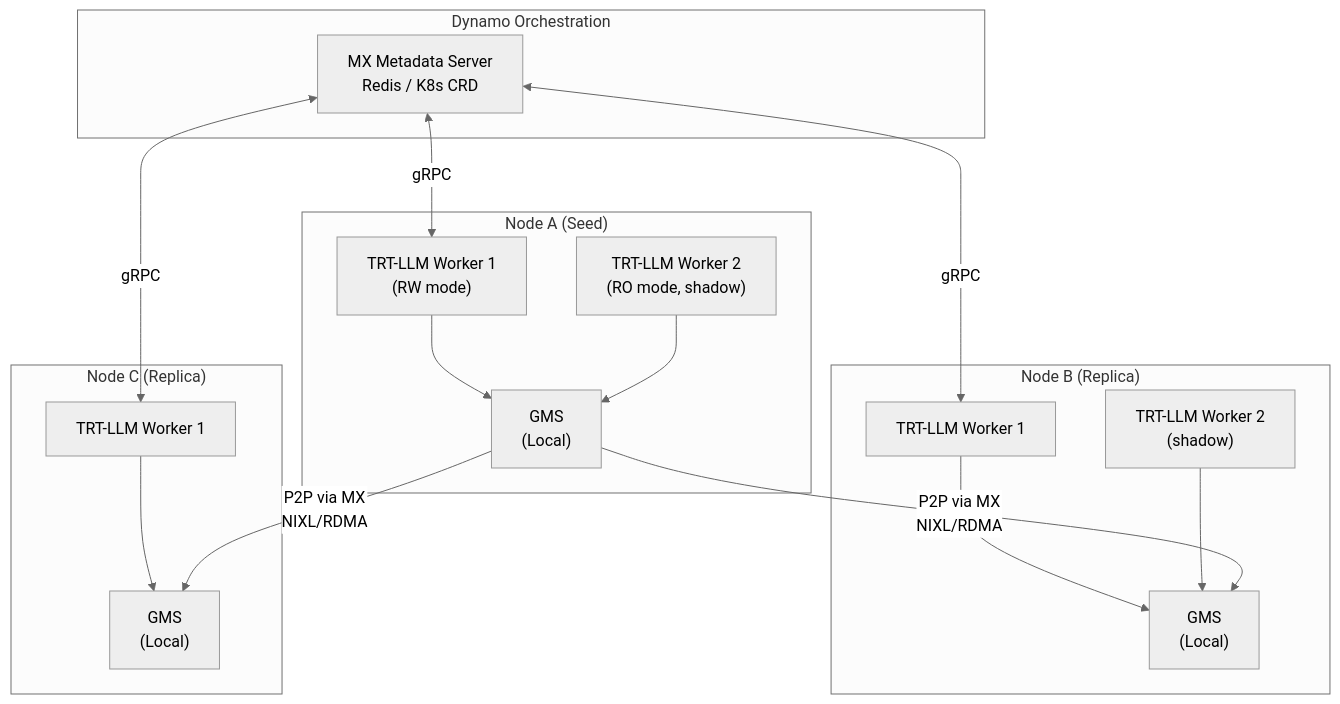
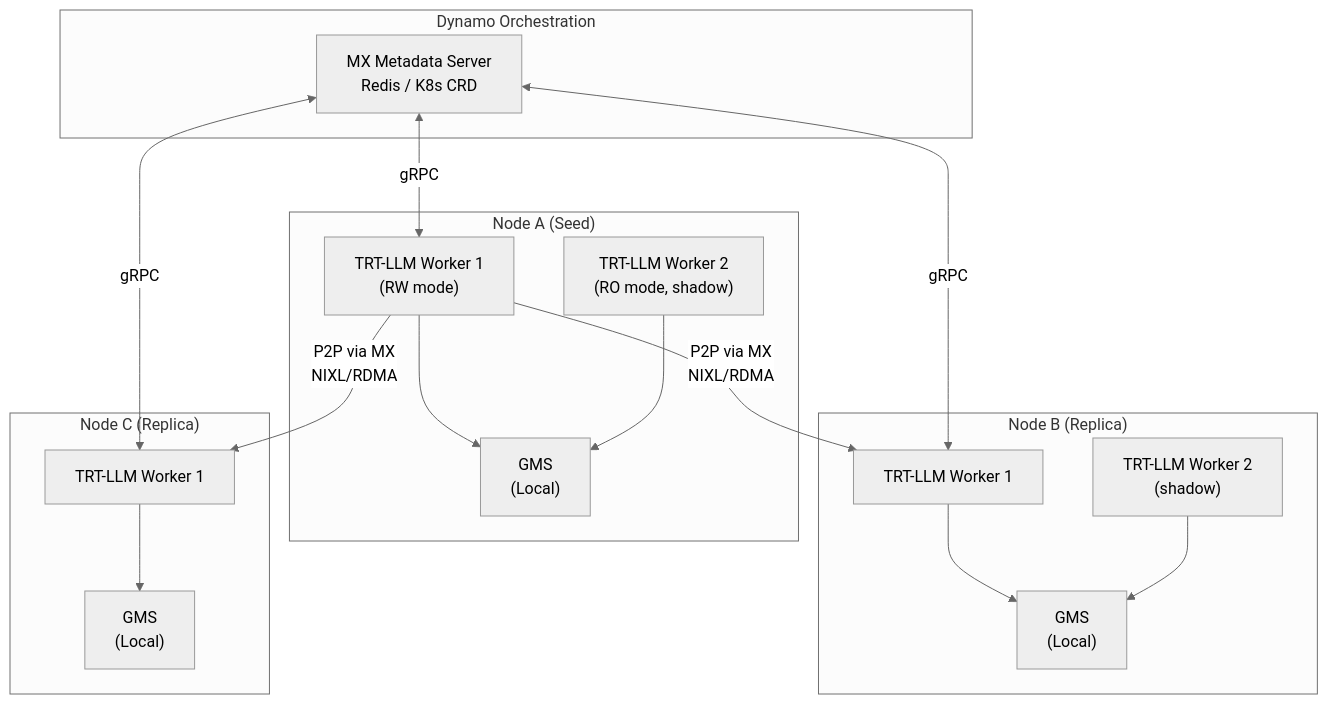
One commit to chienchunhung/TensorRT-LLM changed the first of 5 diagrams in docs/design/mx-gms-integration/03-architecture.md. Above: the diagram before and after it, drawn with Mermaid (neutral theme).

Commit message:
[None][docs] Fix architecture diagram: P2P connections are worker-to-worker, not GMS-to-GMS
GMS is a local per-node daemon and never participates in cross-node
transfers. The P2P via MX/NIXL/RDMA connections should be between
TRT-LLM workers, not between GMS instances.

````diff
--- a/docs/design/mx-gms-integration/03-architecture.md
+++ b/docs/design/mx-gms-integration/03-architecture.md
@@ -7,34 +7,34 @@
 ```mermaid
 graph TB
     subgraph "Dynamo Orchestration"
         MXServer["MX Metadata Server<br/>Redis / K8s CRD"]
     end
 
     subgraph "Node A (Seed)"
         GMS_A["GMS<br/>(Local)"]
         W_A1["TRT-LLM Worker 1<br/>(RW mode)"]
         W_A2["TRT-LLM Worker 2<br/>(RO mode, shadow)"]
         W_A1 --> GMS_A
         W_A2 --> GMS_A
     end
 
     subgraph "Node B (Replica)"
         GMS_B["GMS<br/>(Local)"]
         W_B1["TRT-LLM Worker 1"]
         W_B2["TRT-LLM Worker 2<br/>(shadow)"]
         W_B1 --> GMS_B
         W_B2 --> GMS_B
     end
 
     subgraph "Node C (Replica)"
         GMS_C["GMS<br/>(Local)"]
         W_C1["TRT-LLM Worker 1"]
         W_C1 --> GMS_C
     end
 
     MXServer <-->|gRPC| W_A1
     MXServer <-->|gRPC| W_B1
     MXServer <-->|gRPC| W_C1
-    GMS_A -->|"P2P via MX<br/>NIXL/RDMA"| GMS_B
-    GMS_A -->|"P2P via MX<br/>NIXL/RDMA"| GMS_C
+    W_A1 -->|"P2P via MX<br/>NIXL/RDMA"| W_B1
+    W_A1 -->|"P2P via MX<br/>NIXL/RDMA"| W_C1
 ```
````
